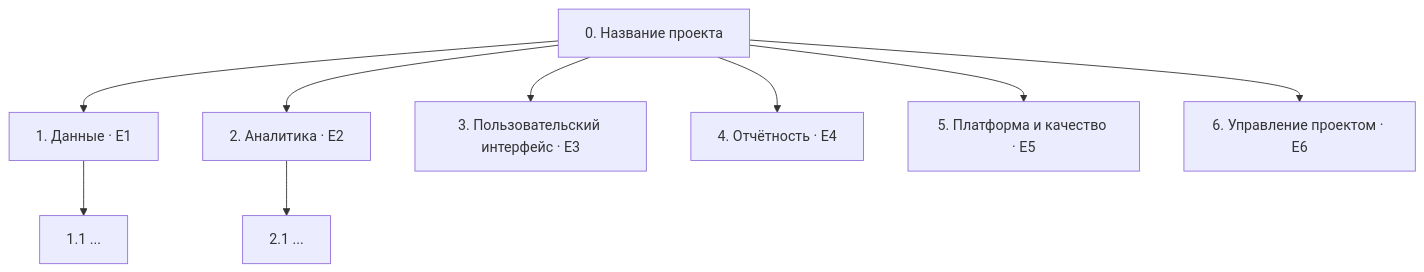
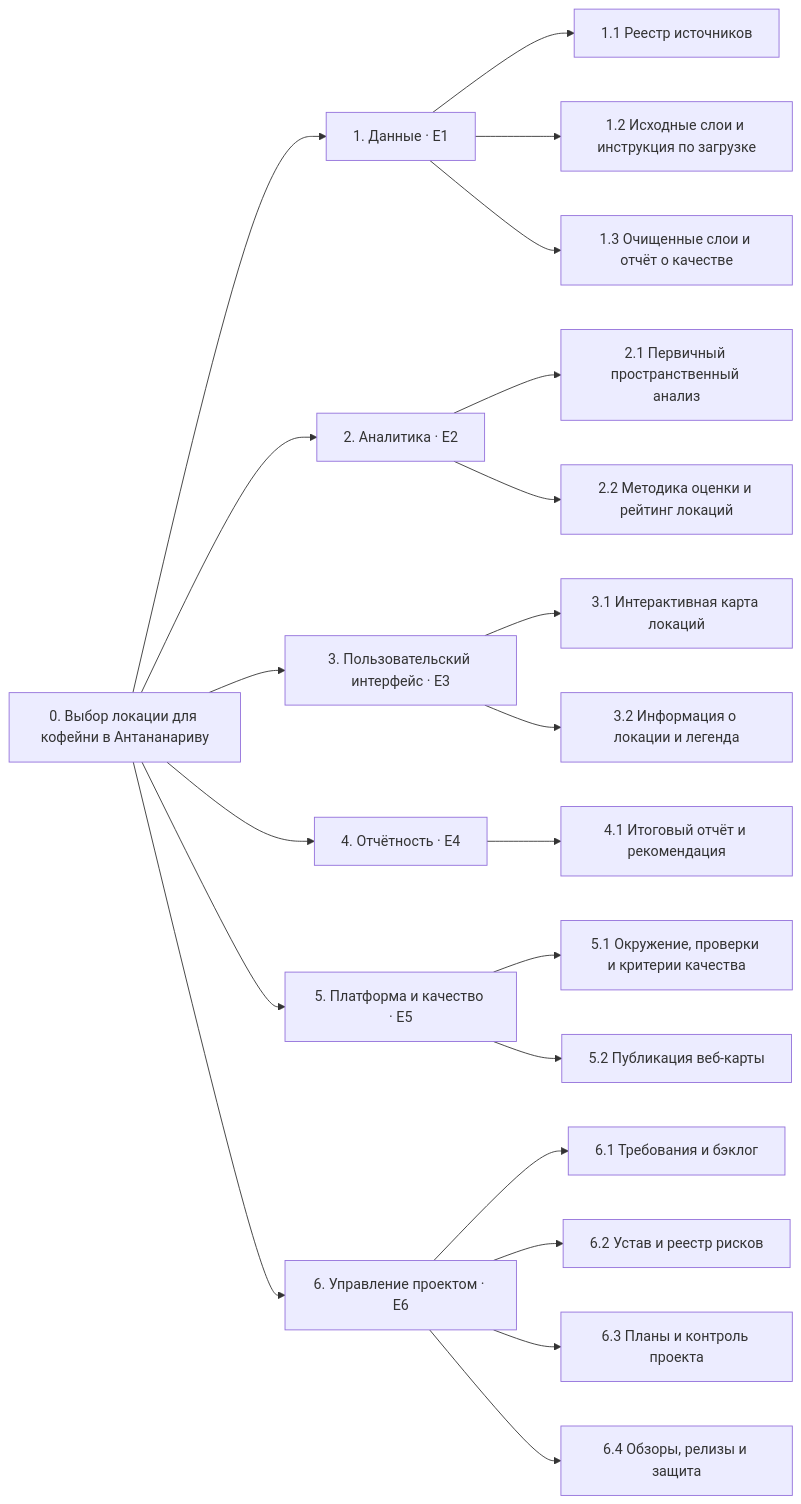
Before and after one commit to DedNadif/pm-lab-01-geomarket: the diagram in docs/wbs.md, drawn with Mermaid. The commit also changed other lines of this file, not shown here.

Commit message:
docs: add project WBS (#54)
* docs: add E1 data packages to WBS (#31)

Updated WBS to reflect project location selection and detailed work packages.

* docs: add E2 analysis packages to WBS (#31)

* docs: add E3 interface packages to WBS (#31)

* docs: add E4 reporting package to WBS (#31)

* docs: complete WBS structure and dictionary (#31)

Added new sections for environment setup, web map publication, and criteria for completion in the WBS document.

* docs: complete WBS estimates (#31)

````diff
--- a/docs/wbs.md
+++ b/docs/wbs.md
@@ -7,12 +5,30 @@
 ```mermaid
-flowchart TD
-    P[0. Название проекта]
-    P --> D[1. Данные · E1]
-    P --> A[2. Аналитика · E2]
-    P --> U[3. Пользовательский интерфейс · E3]
-    P --> R[4. Отчётность · E4]
-    P --> Q[5. Платформа и качество · E5]
-    P --> M[6. Управление проектом · E6]
-    D --> D1[1.1 ...]
-    A --> A1[2.1 ...]
+flowchart LR
+    P["0. Выбор локации для кофейни в Антананариву"]
+    P --> D["1. Данные · E1"]
+    P --> A["2. Аналитика · E2"]
+    P --> U["3. Пользовательский интерфейс · E3"]
+    P --> R["4. Отчётность · E4"]
+    P --> Q["5. Платформа и качество · E5"]
+    P --> M["6. Управление проектом · E6"]
+
+    D --> D1["1.1 Реестр источников"]
+    D --> D2["1.2 Исходные слои и инструкция по загрузке"]
+    D --> D3["1.3 Очищенные слои и отчёт о качестве"]
+
+    A --> A1["2.1 Первичный пространственный анализ"]
+    A --> A2["2.2 Методика оценки и рейтинг локаций"]
+
+    U --> U1["3.1 Интерактивная карта локаций"]
+    U --> U2["3.2 Информация о локации и легенда"]
+
+    R --> R1["4.1 Итоговый отчёт и рекомендация"]
+
+    Q --> Q1["5.1 Окружение, проверки и критерии качества"]
+    Q --> Q2["5.2 Публикация веб-карты"]
+
+    M --> M1["6.1 Требования и бэклог"]
+    M --> M2["6.2 Устав и реестр рисков"]
+    M --> M3["6.3 Планы и контроль проекта"]
+    M --> M4["6.4 Обзоры, релизы и защита"]
 ```
````
